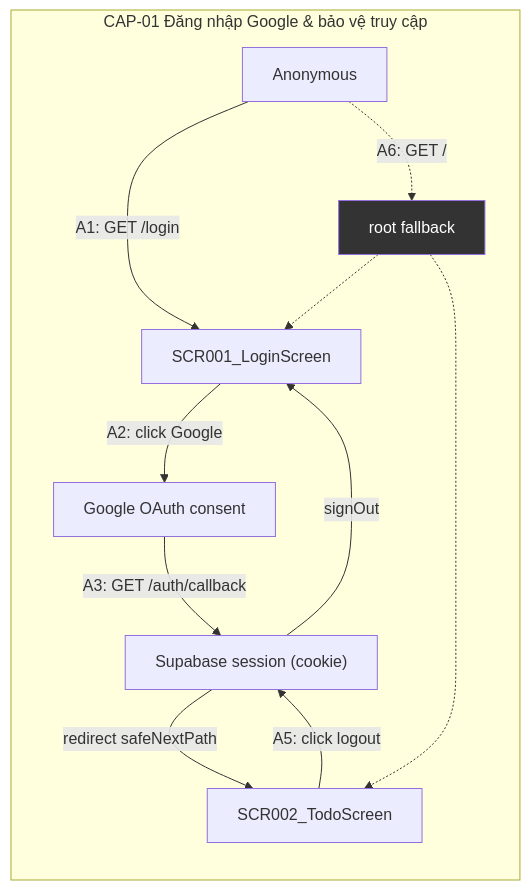
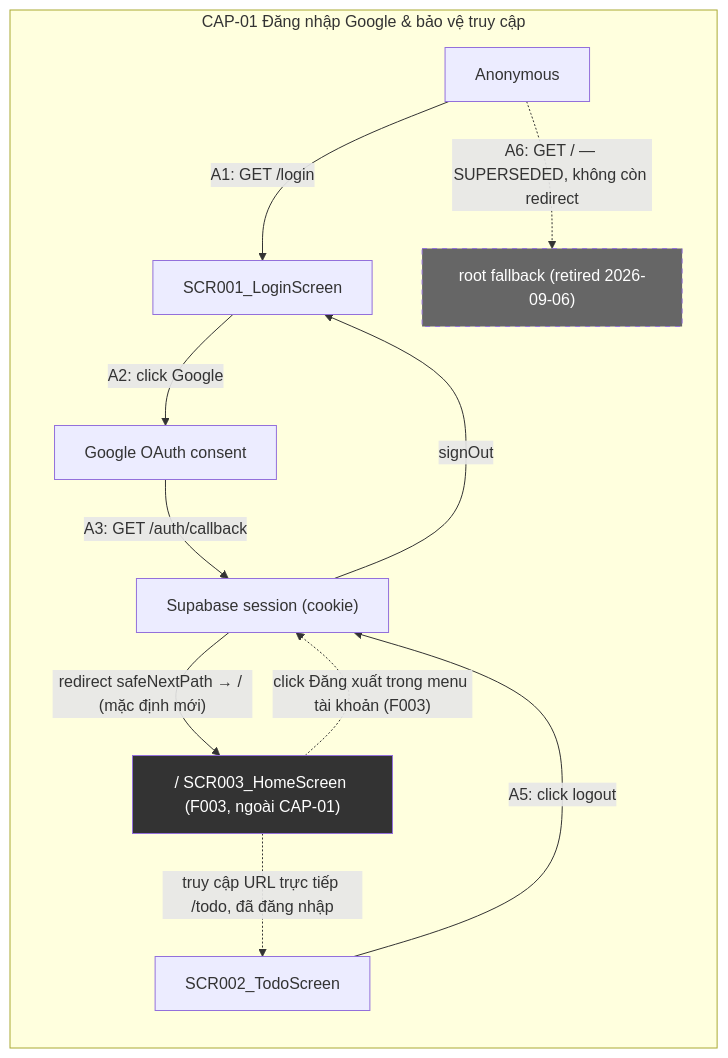
One commit to thangdx-1076/agentic-coding-hands-on changed the first of 3 diagrams in docs/vi/features/F001_GoogleOAuthLogin/technical-spec.md. Above: the diagram before and after it, drawn with Mermaid. The commit also changed other lines of this file and 22 other files, not shown here.

````diff
--- a/docs/vi/features/F001_GoogleOAuthLogin/technical-spec.md
+++ b/docs/vi/features/F001_GoogleOAuthLogin/technical-spec.md
@@ -27,16 +28,18 @@
 ```mermaid
 flowchart LR
     subgraph CAP01["CAP-01 Đăng nhập Google & bảo vệ truy cập"]
         Anon["Anonymous"] -->|"A1: GET /login"| SCR001["SCR001_LoginScreen"]
         SCR001 -->|"A2: click Google"| GoogleAuth["Google OAuth consent"]
         GoogleAuth -->|"A3: GET /auth/callback"| Session["Supabase session (cookie)"]
-        Session -->|"redirect safeNextPath"| SCR002["SCR002_TodoScreen"]
+        Session -->|"redirect safeNextPath → / (mặc định mới)"| Home["/ SCR003_HomeScreen (F003, ngoài CAP-01)"]
+        Home -.->|"truy cập URL trực tiếp /todo, đã đăng nhập"| SCR002["SCR002_TodoScreen"]
         SCR002 -->|"A5: click logout"| Session
         Session -->|"signOut"| SCR001
-        Anon -.->|"A6: GET /"| RootGuard["root fallback"]
-        RootGuard -.-> SCR001
-        RootGuard -.-> SCR002
+        Home -.->|"click Đăng xuất trong menu tài khoản (F003)"| Session
+        Anon -.->|"A6: GET / — SUPERSEDED, không còn redirect"| RootGuard["root fallback (retired 2026-09-06)"]
     end
     classDef guard fill:#333,color:#fff
-    class RootGuard guard
+    classDef retired fill:#666,color:#fff,stroke-dasharray: 5 5
+    class RootGuard retired
+    class Home guard
 ```
````
